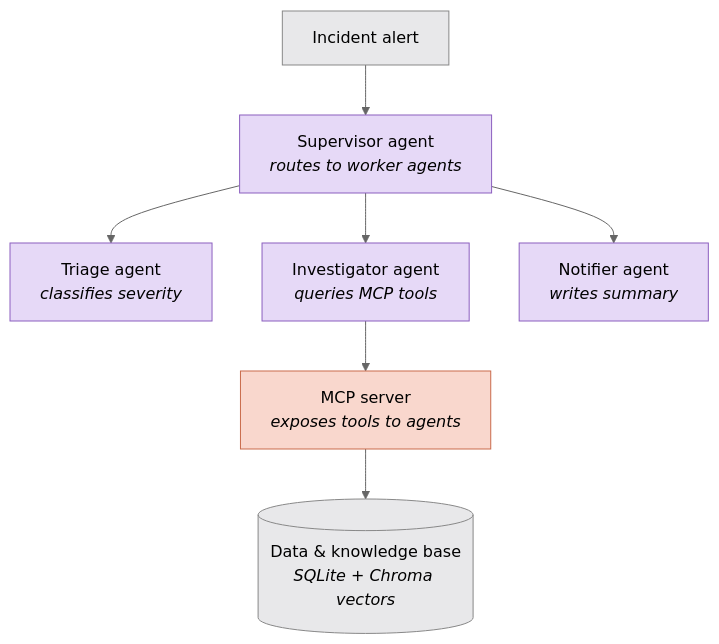
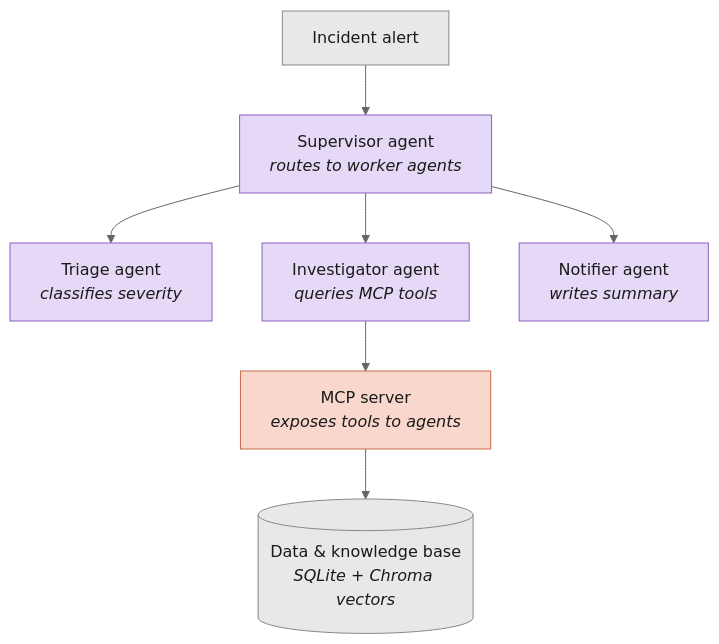
Before and after one commit to EshaUbale/incident-commander: the diagram in README.md, drawn with Mermaid (neutral theme).

Commit message:
Fix diagram text contrast

````diff
--- a/README.md
+++ b/README.md
@@ -18,17 +18,17 @@
 ```mermaid
 flowchart TD
     A[Incident alert] --> B[Supervisor agent<br/><i>routes to worker agents</i>]
     B --> C[Triage agent<br/><i>classifies severity</i>]
     B --> D[Investigator agent<br/><i>queries MCP tools</i>]
     B --> E[Notifier agent<br/><i>writes summary</i>]
     D --> F[MCP server<br/><i>exposes tools to agents</i>]
     F --> G[(Data & knowledge base<br/><i>SQLite + Chroma vectors</i>)]
 
-    style A fill:#e8e8ea,stroke:#888
-    style B fill:#e6d9f7,stroke:#8b5fbf
-    style C fill:#e6d9f7,stroke:#8b5fbf
-    style D fill:#e6d9f7,stroke:#8b5fbf
-    style E fill:#e6d9f7,stroke:#8b5fbf
-    style F fill:#f9d7cd,stroke:#c96a4b
-    style G fill:#e8e8ea,stroke:#888
+    style A fill:#e8e8ea,stroke:#888,color:#1a1a1a
+    style B fill:#e6d9f7,stroke:#8b5fbf,color:#1a1a1a
+    style C fill:#e6d9f7,stroke:#8b5fbf,color:#1a1a1a
+    style D fill:#e6d9f7,stroke:#8b5fbf,color:#1a1a1a
+    style E fill:#e6d9f7,stroke:#8b5fbf,color:#1a1a1a
+    style F fill:#f9d7cd,stroke:#c96a4b,color:#1a1a1a
+    style G fill:#e8e8ea,stroke:#888,color:#1a1a1a
 ```
````
